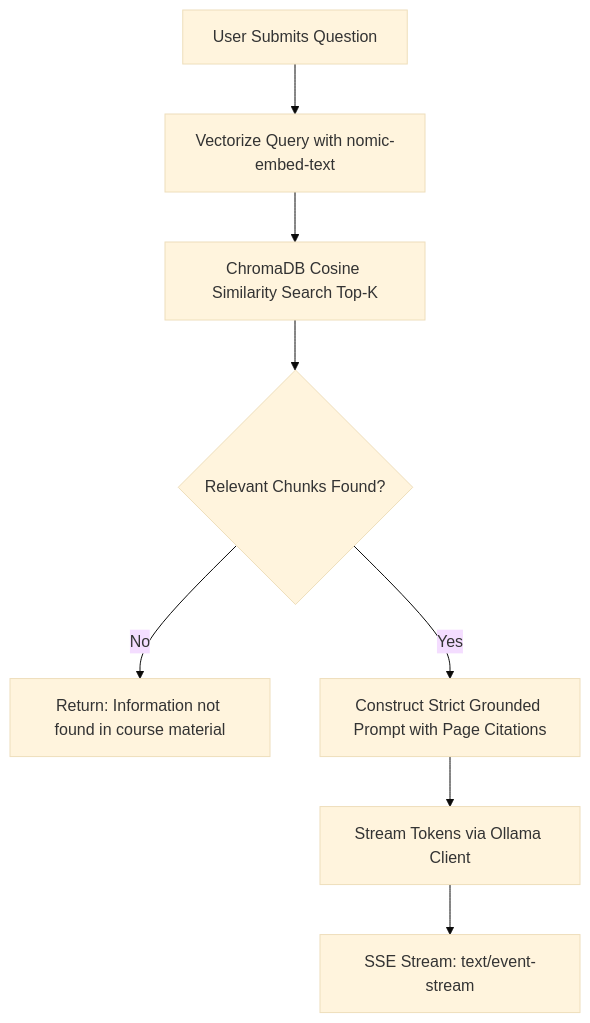
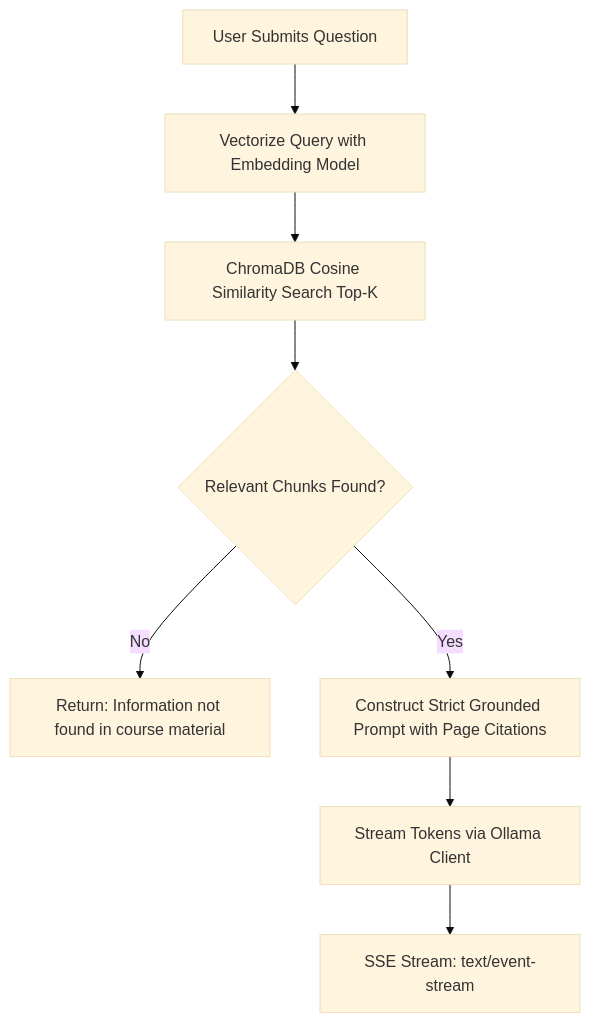
Before and after one commit to dev-Aarish/gist: the third of 5 diagrams in docs/architecture.md, drawn with Mermaid (base theme). The commit also changed other lines of this file and 6 other files, not shown here.

````diff
--- a/docs/architecture.md
+++ b/docs/architecture.md
@@ -68,10 +72,10 @@
 ```mermaid
 graph TD
-    UserQuery["User Submits Question"] --> EmbedQuestion["Vectorize Query with nomic-embed-text"]
+    UserQuery["User Submits Question"] --> EmbedQuestion["Vectorize Query with Embedding Model"]
     EmbedQuestion --> SearchChroma["ChromaDB Cosine Similarity Search Top-K"]
     SearchChroma --> ContextCheck{"Relevant Chunks Found?"}
     ContextCheck -- "No" --> NoContextResp["Return: Information not found in course material"]
     ContextCheck -- "Yes" --> BuildPrompt["Construct Strict Grounded Prompt with Page Citations"]
     BuildPrompt --> StreamLLM["Stream Tokens via Ollama Client"]
     StreamLLM --> ClientStream["SSE Stream: text/event-stream"]
 ```
````
